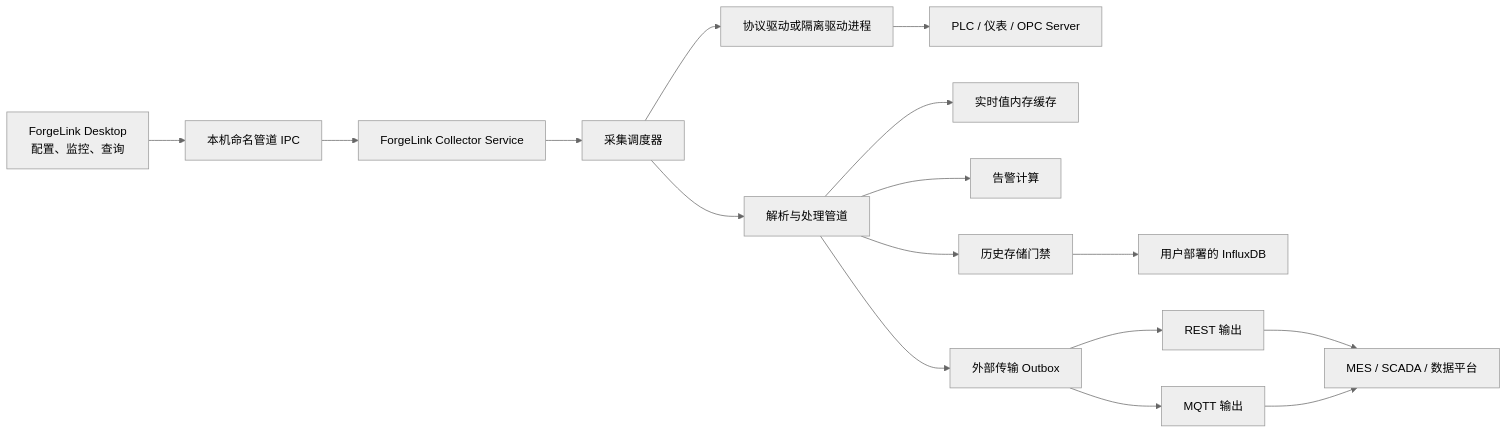
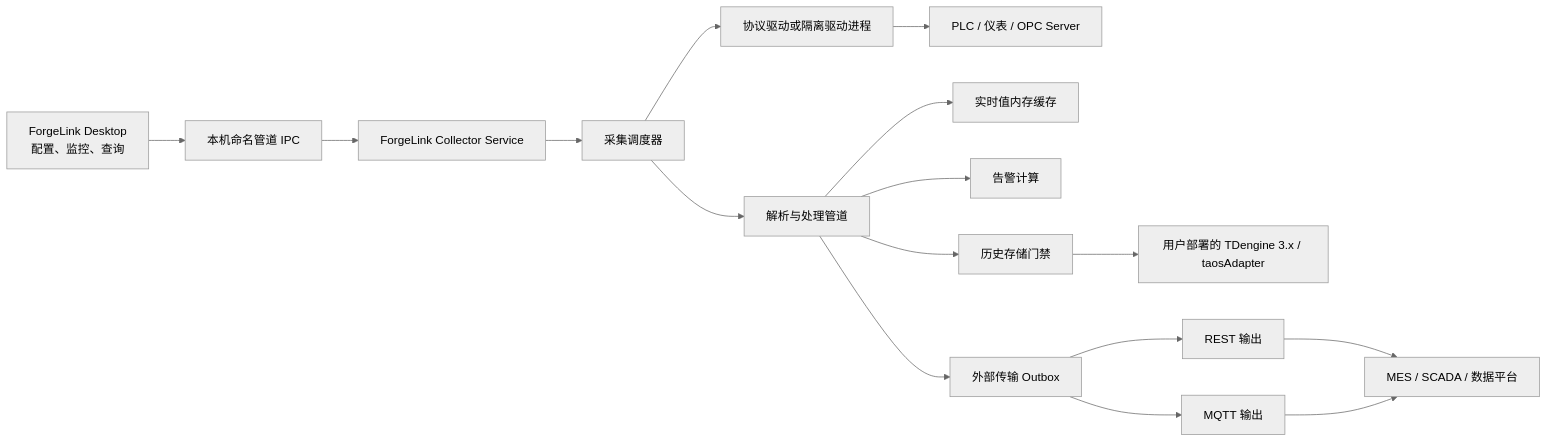
One commit to fake-Wittem/Forge-Link changed the first of 2 diagrams in ForgeLink 系统总体设计方案.md. Above: the diagram before and after it, drawn with Mermaid (neutral theme). The commit also changed other lines of this file and 75 other files, not shown here.

Commit message:
feat: modularize desktop and add TDengine history

````diff
--- a/ForgeLink 系统总体设计方案.md
+++ b/ForgeLink 系统总体设计方案.md
@@ -95,21 +96,21 @@
 ```mermaid
 flowchart LR
     Desktop["ForgeLink Desktop<br/>配置、监控、查询"] --> IPC["本机命名管道 IPC"]
     IPC --> Service["ForgeLink Collector Service"]
 
     Service --> Scheduler["采集调度器"]
     Scheduler --> DriverHost["协议驱动或隔离驱动进程"]
     DriverHost --> PLC["PLC / 仪表 / OPC Server"]
 
     Scheduler --> Pipeline["解析与处理管道"]
     Pipeline --> Cache["实时值内存缓存"]
     Pipeline --> Alarm["告警计算"]
     Pipeline --> HistoryGate["历史存储门禁"]
     Pipeline --> Outbox["外部传输 Outbox"]
 
-    HistoryGate --> Influx["用户部署的 InfluxDB"]
+    HistoryGate --> TDengine["用户部署的 TDengine 3.x / taosAdapter"]
     Outbox --> REST["REST 输出"]
     Outbox --> MQTT["MQTT 输出"]
     REST --> External["MES / SCADA / 数据平台"]
     MQTT --> External
 ```
````
